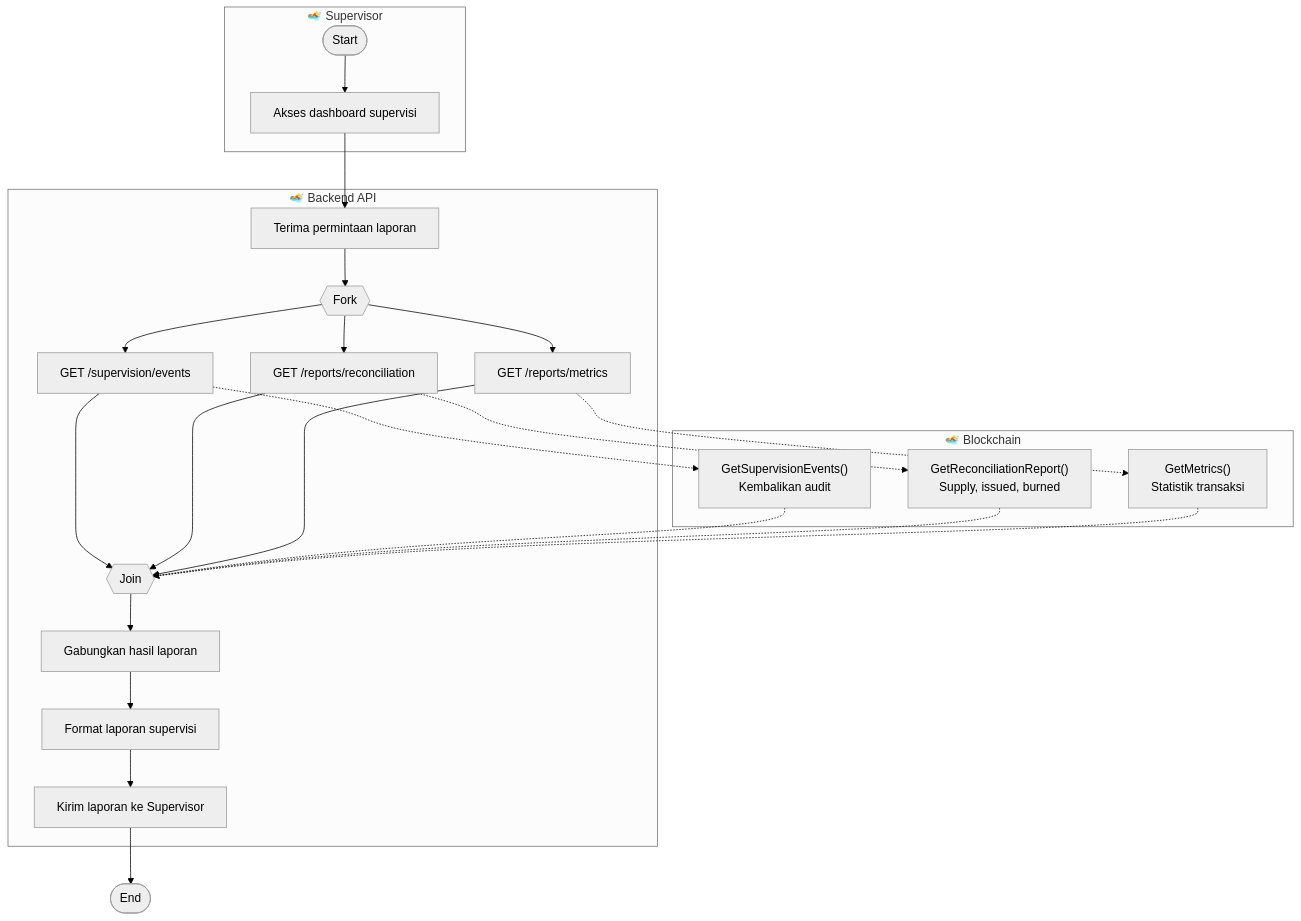
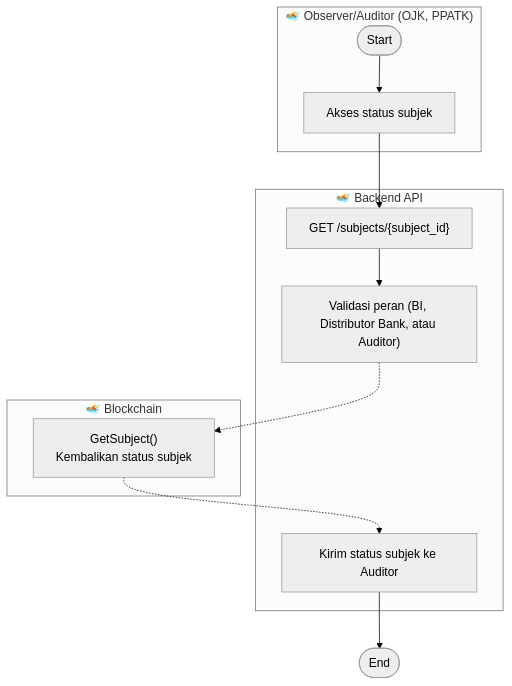
The seventh of 7 diagrams in bi-coin-fabric/docs/diagrams/mermaid/activity-diagrams.md (mfachrizalg/bi-coin), drawn with Mermaid before and after one commit. The commit also changed other lines of this file and 364 other files, not shown here.

````diff
--- a/bi-coin-fabric/docs/diagrams/mermaid/activity-diagrams.md
+++ b/bi-coin-fabric/docs/diagrams/mermaid/activity-diagrams.md
@@ -328,29 +394,17 @@
 ```mermaid
 %%{init: {'theme': 'neutral', 'themeVariables': {'primaryColor': '#ffffff', 'primaryBorderColor': '#000000', 'lineColor': '#000000'}}}%%
 flowchart TD
-    subgraph L1["🏊 Supervisor"]
-        S([Start]) --> S1["Akses dashboard supervisi"]
+    subgraph L1["🏊 Observer/Auditor (OJK, PPATK)"]
+        S([Start]) --> S1["Akses status subjek"]
     end
     subgraph L2["🏊 Backend API"]
-        B1["Terima permintaan laporan"] --> FK{{Fork}}
-        FK --> B2["GET /supervision/events"]
-        FK --> B3["GET /reports/reconciliation"]
-        FK --> B4["GET /reports/metrics"]
-        B2 --> JN{{Join}}
-        B3 --> JN
-        B4 --> JN
-        JN --> B5["Gabungkan hasil laporan"]
-        B5 --> B6["Format laporan supervisi"]
-        B6 --> B7["Kirim laporan ke Supervisor"]
+        B1["GET /subjects/{subject_id}"] --> B2["Validasi peran (BI, Distributor Bank, atau Auditor)"]
+        B3["Kirim status subjek ke Auditor"]
     end
     subgraph L3["🏊 Blockchain"]
-        C1["GetSupervisionEvents()<br/>Kembalikan audit"]
-        C2["GetReconciliationReport()<br/>Supply, issued, burned"]
-        C3["GetMetrics()<br/>Statistik transaksi"]
+        C1["GetSubject()<br/>Kembalikan status subjek"]
     end
     S1 --> B1
-    B2 -.-> C1 -.-> JN
-    B3 -.-> C2 -.-> JN
-    B4 -.-> C3 -.-> JN
-    B7 --> E([End])
+    B2 -.-> C1 -.-> B3
+    B3 --> E([End])
 ```
````
